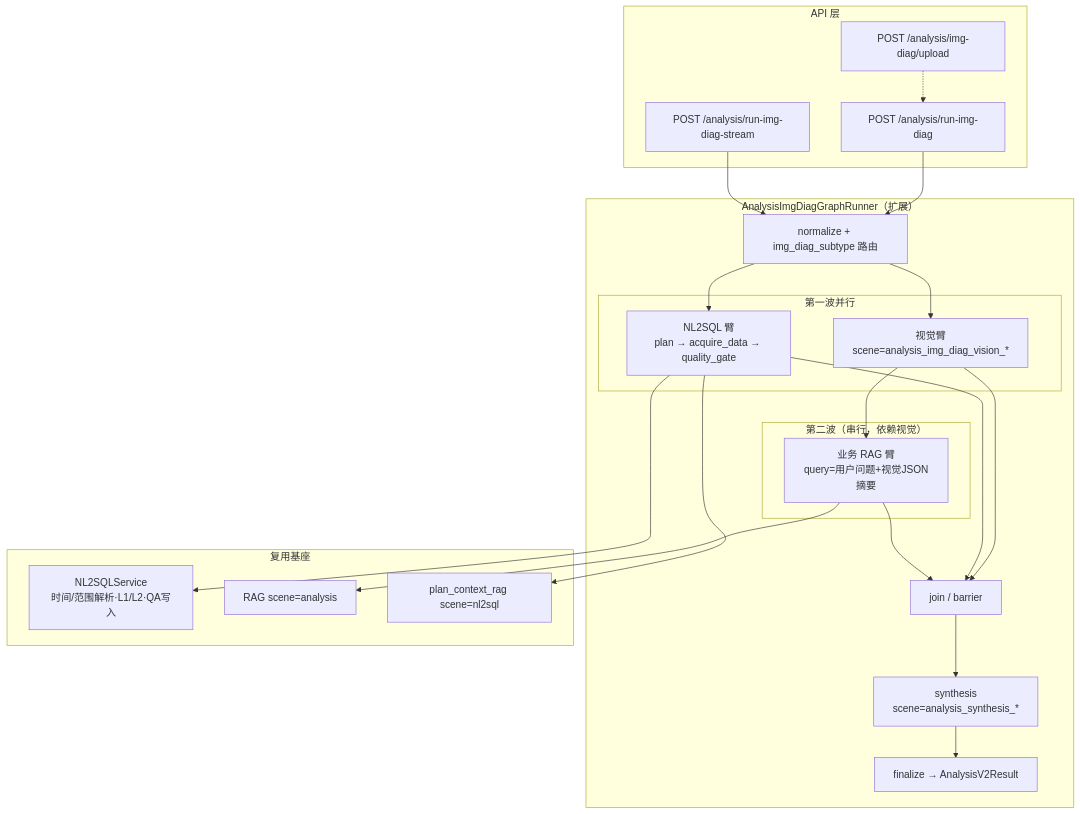
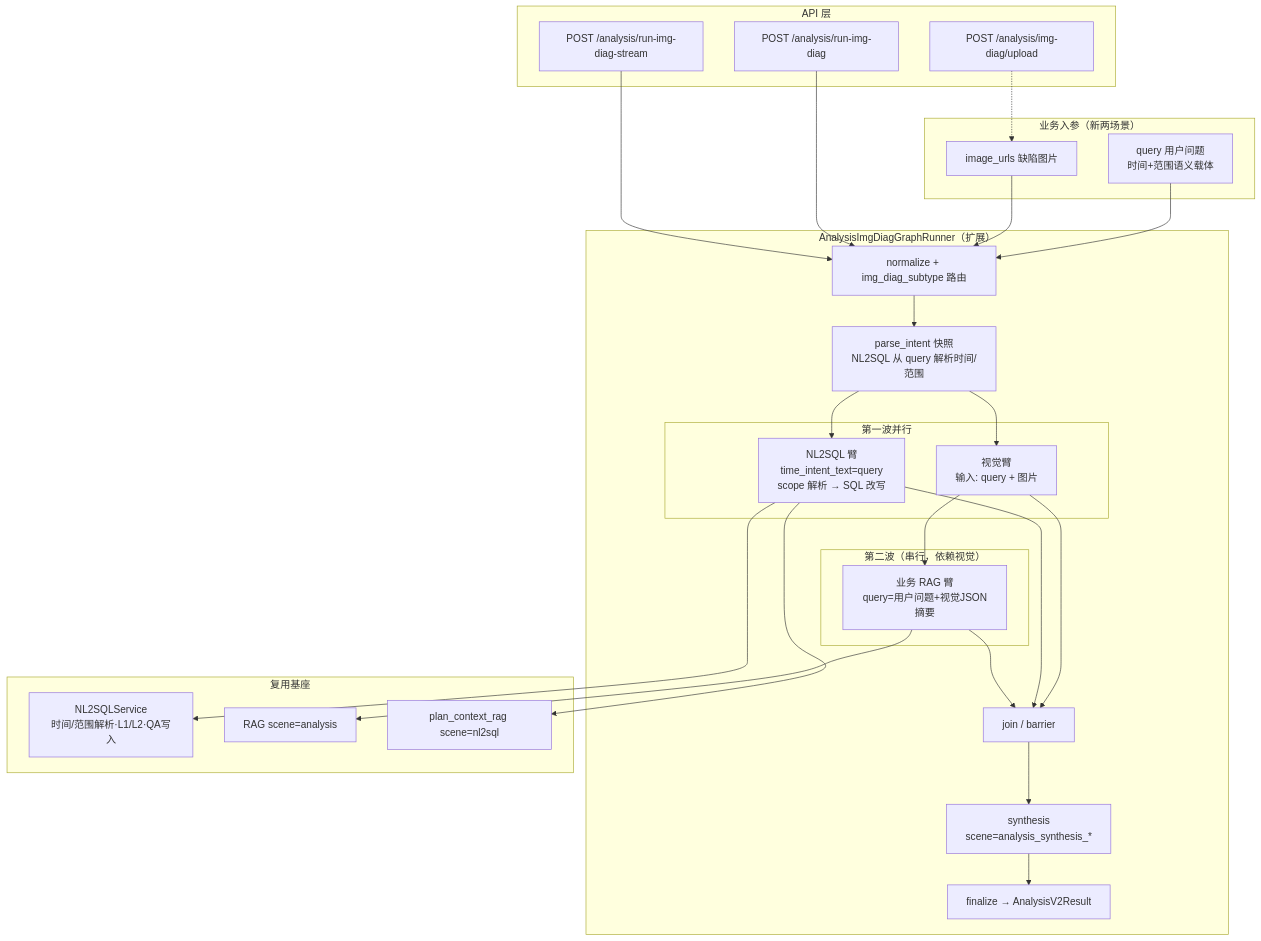
The diagram in docs/泄爆分析与缺陷识别-看图诊断链路实现方案大纲.md (gaocf888/models_app_framework), drawn with Mermaid before and after one commit. The commit also changed other lines of this file, not shown here.

````diff
--- a/docs/泄爆分析与缺陷识别-看图诊断链路实现方案大纲.md
+++ b/docs/泄爆分析与缺陷识别-看图诊断链路实现方案大纲.md
@@ -62,42 +93,51 @@
 ```mermaid
 flowchart TB
   subgraph API["API 层"]
     R1["POST /analysis/run-img-diag"]
     R2["POST /analysis/run-img-diag-stream"]
     UP["POST /analysis/img-diag/upload"]
   end
 
+  subgraph Input["业务入参（新两场景）"]
+    Q["query 用户问题<br/>时间+范围语义载体"]
+    IMG["image_urls 缺陷图片"]
+  end
+
   subgraph Runner["AnalysisImgDiagGraphRunner（扩展）"]
     N["normalize + img_diag_subtype 路由"]
+    PI["parse_intent 快照<br/>NL2SQL 从 query 解析时间/范围"]
     subgraph Wave1["第一波并行"]
-      V["视觉臂<br/>scene=analysis_img_diag_vision_*"]
-      NL["NL2SQL 臂<br/>plan → acquire_data → quality_gate"]
+      V["视觉臂<br/>输入: query + 图片"]
+      NL["NL2SQL 臂<br/>time_intent_text=query<br/>scope 解析 → SQL 改写"]
     end
     subgraph Wave2["第二波（串行，依赖视觉）"]
       RAG["业务 RAG 臂<br/>query=用户问题+视觉JSON摘要"]
     end
     J["join / barrier"]
     S["synthesis<br/>scene=analysis_synthesis_*"]
     F["finalize → AnalysisV2Result"]
   end
 
   subgraph Base["复用基座"]
     NLS["NL2SQLService<br/>时间/范围解析·L1/L2·QA写入"]
     RAGS["RAG scene=analysis"]
     PR["plan_context_rag scene=nl2sql"]
   end
 
+  Q --> N
+  IMG --> N
   R1 --> N
   R2 --> N
-  UP -.-> R1
-  N --> V
-  N --> NL
+  UP -.-> IMG
+  N --> PI
+  PI --> V
+  PI --> NL
   NL --> PR
   NL --> NLS
   V --> RAG
   RAG --> RAGS
   V --> J
   NL --> J
   RAG --> J
   J --> S --> F
 ```
````
